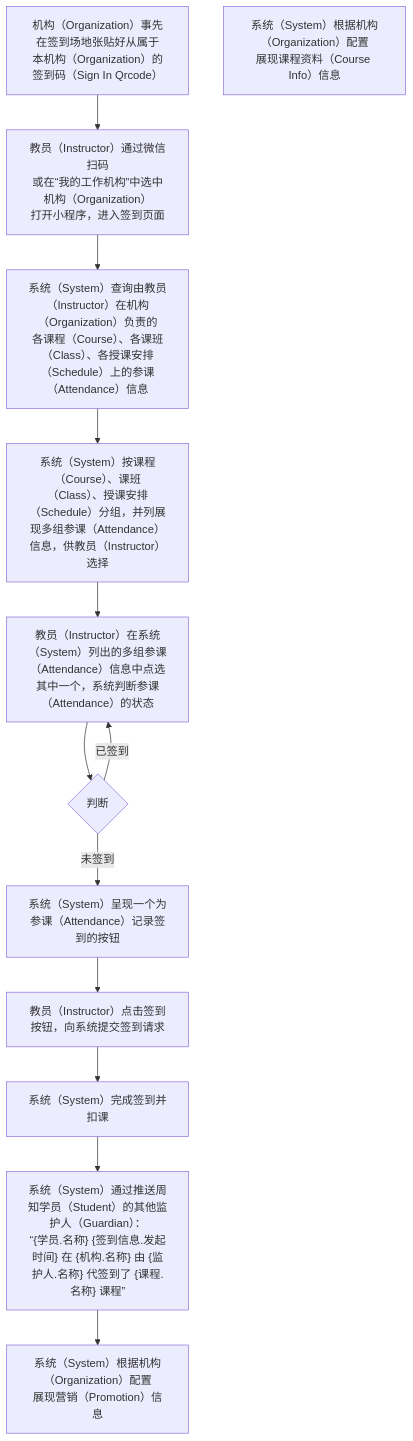
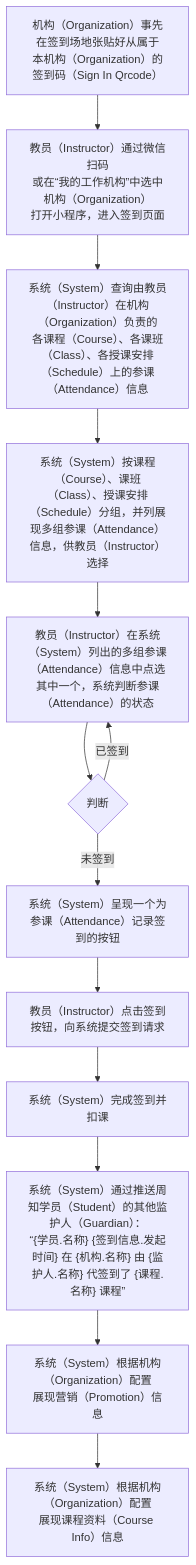
The third of 3 diagrams in 用例/签到.md (world-wide-web/sign), drawn with Mermaid before and after one commit. The commit also changed other lines of this file, not shown here.

````diff
--- a/用例/签到.md
+++ b/用例/签到.md
@@ -81,26 +81,27 @@
 ```mermaid
 graph TD
 A["<center>机构（Organization）事先在签到场地张贴好从属于<br>本机构（Organization）的签到码（Sign In Qrcode）</center>"]
 B["<center>教员（Instructor）通过微信扫码<br>或在“我的工作机构”中选中机构（Organization）<br>打开小程序，进入签到页面</center>"]
 C["<center>系统（System）查询由教员（Instructor）在机构（Organization）负责的<br>各课程（Course）、各课班（Class）、各授课安排（Schedule）上的参课（Attendance）信息"]
 D["<center>系统（System）按课程（Course）、课班（Class）、授课安排（Schedule）分组，并列展现多组参课（Attendance）信息，供教员（Instructor）选择</center>"]
 E["<center>教员（Instructor）在系统（System）列出的多组参课（Attendance）信息中点选其中一个，系统判断参课（Attendance）的状态</center>"]
 F{"<center>判断</center>"}
 G["<center>系统（System）呈现一个为参课（Attendance）记录签到的按钮</center>"]
 H["<center>教员（Instructor）点击签到按钮，向系统提交签到请求</center>"]
 I["<center>系统（System）完成签到并扣课</center>"]
 J["<center>系统（System）通过推送周知学员（Student）的其他监护人（Guardian）：<br>“{学员.名称} {签到信息.发起时间} 在 {机构.名称} 由 {监护人.名称} 代签到了 {课程.名称} 课程”</center>"]
 K["<center>系统（System）根据机构（Organization）配置<br>展现营销（Promotion）信息</center>"]
 L["<center>系统（System）根据机构（Organization）配置<br>展现课程资料（Course Info）信息</center>"]
 A-->B
 B-->C
 C-->D
 D-->E
 E-->F
 F--已签到-->E
 F--未签到-->G
 G-->H
 H-->I
 I-->J
 J-->K
+K-->L
 ```
````
